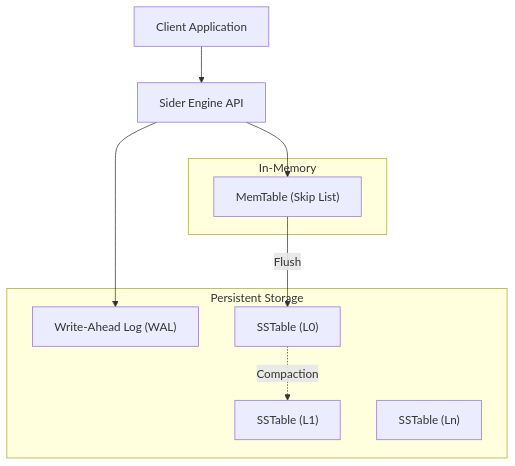
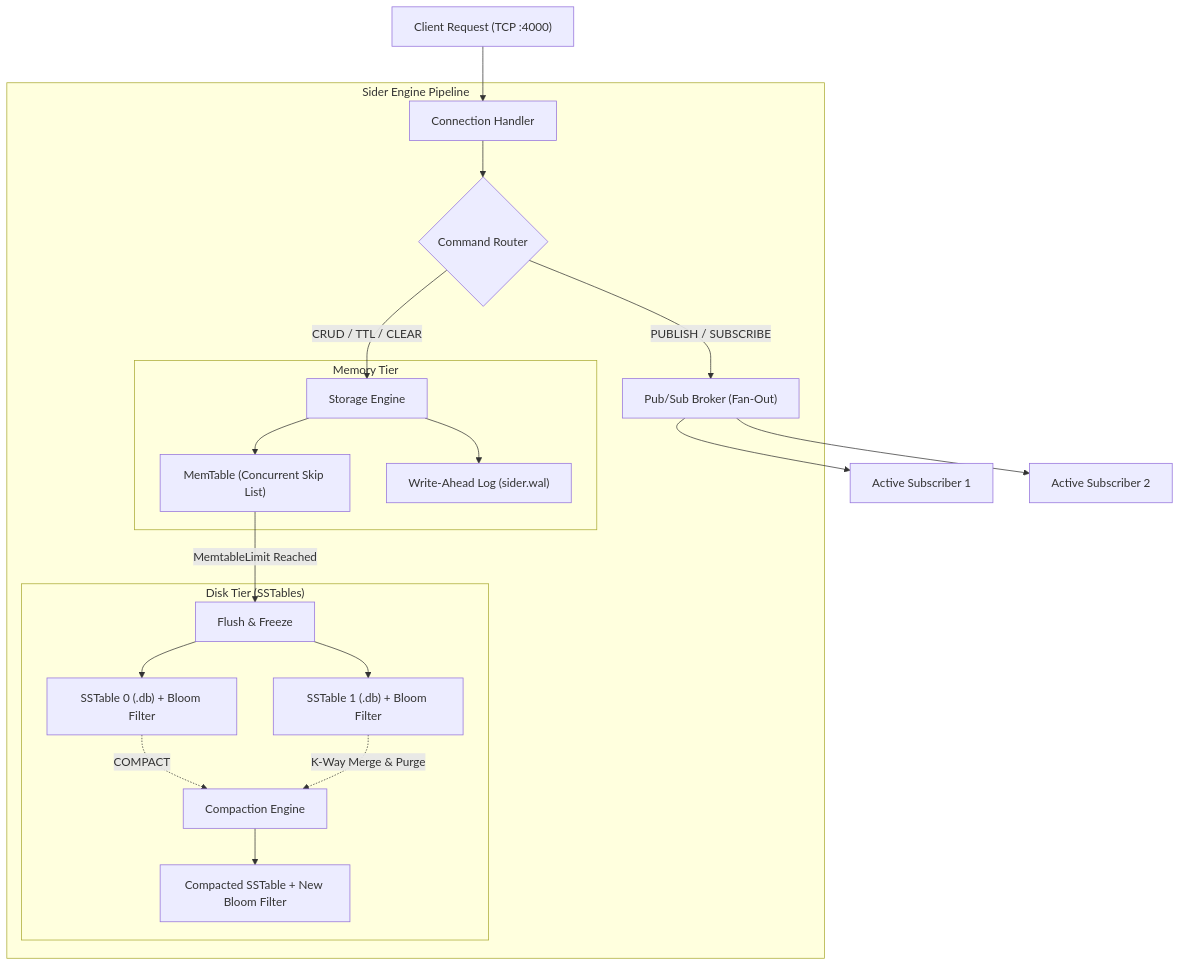
Before and after one commit to AgnibhaRay/sider: the diagram in README.md, drawn with Mermaid. The commit also changed other lines of this file and 8 other files, not shown here.

Commit message:
feat: add durable TTL, Pub/Sub streaming broker, prefix eviction, and modernized README

````diff
--- a/README.md
+++ b/README.md
@@ -56,20 +73,27 @@
 ```mermaid
 graph TD
-    Client[Client Application] --> API[Sider Engine API]
-    API --> WAL["Write-Ahead Log (WAL)"]
-    API --> MemTable["MemTable (Skip List)"]
+    Client["Client Request (TCP :4000)"] --> Conn["Connection Handler"]
     
-    subgraph "In-Memory"
-        MemTable
-    end
-    
-    subgraph "Persistent Storage"
-        WAL
-        SSTable1["SSTable (L0)"]
-        SSTable2["SSTable (L1)"]
-        SSTableN["SSTable (Ln)"]
+    subgraph "Sider Engine Pipeline"
+        Conn --> Broker{"Command Router"}
+        Broker -- "PUBLISH / SUBSCRIBE" --> PS["Pub/Sub Broker (Fan-Out)"]
+        Broker -- "CRUD / TTL / CLEAR" --> Engine["Storage Engine"]
+        
+        subgraph "Memory Tier"
+            Engine --> MemTable["MemTable (Concurrent Skip List)"]
+            Engine --> WAL["Write-Ahead Log (sider.wal)"]
+        end
+
+        subgraph "Disk Tier (SSTables)"
+            MemTable -- "MemtableLimit Reached" --> Flush["Flush & Freeze"]
+            Flush --> SSTable0["SSTable 0 (.db) + Bloom Filter"]
+            Flush --> SSTable1["SSTable 1 (.db) + Bloom Filter"]
+            SSTable0 -. "COMPACT" .-> Compactor["Compaction Engine"]
+            SSTable1 -. "K-Way Merge & Purge" .-> Compactor
+            Compactor --> SSTMerged["Compacted SSTable + New Bloom Filter"]
+        end
     end
 
-    MemTable -- Flush --> SSTable1
-    SSTable1 -. Compaction .-> SSTable2
+    PS --> Sub1["Active Subscriber 1"]
+    PS --> Sub2["Active Subscriber 2"]
 ```
````
